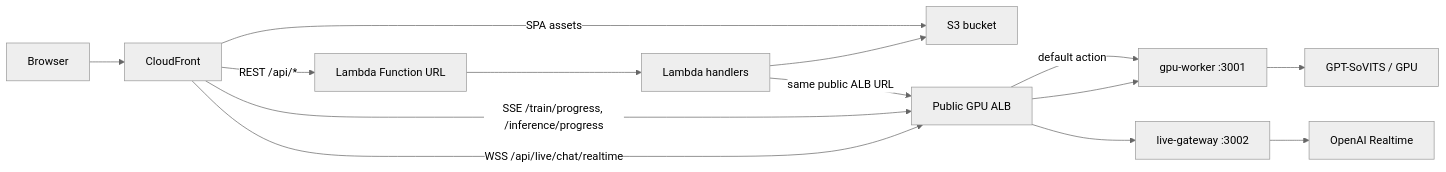
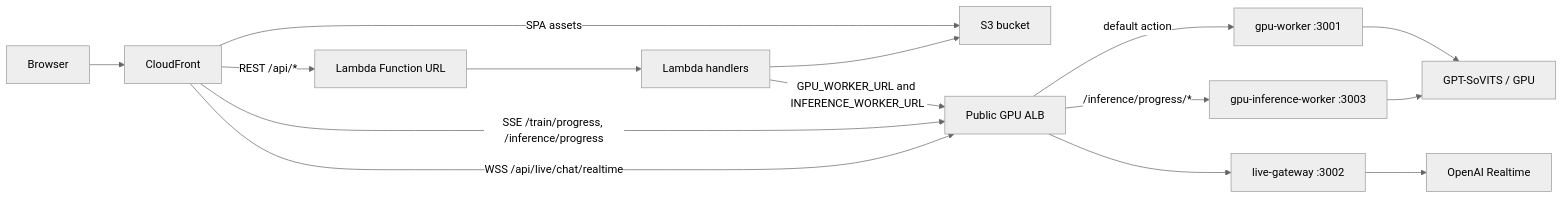
The diagram in docs/lambda-serverless-gpu-worker-guide.md (NathanaelNgYY/VoiceCloning), drawn with Mermaid (neutral theme) before and after one commit. The commit also changed other lines of this file and 7 other files, not shown here.

Commit message:
refactor: update deployment doc and others to support new split training and inference pipeline in gpu worker

````diff
--- a/docs/lambda-serverless-gpu-worker-guide.md
+++ b/docs/lambda-serverless-gpu-worker-guide.md
@@ -78,27 +90,29 @@
 ```mermaid
 flowchart LR
   Browser["Browser"]
   Cf["CloudFront"]
   FunctionUrl["Lambda Function URL"]
   Lambda["Lambda handlers"]
   S3["S3 bucket"]
   Alb["Public GPU ALB"]
   Worker["gpu-worker :3001"]
+  Inference["gpu-inference-worker :3003"]
   Live["live-gateway :3002"]
   OpenAI["OpenAI Realtime"]
   Gpu["GPT-SoVITS / GPU"]
 
   Browser --> Cf
   Cf -->|SPA assets| S3
   Cf -->|REST /api/*| FunctionUrl
   FunctionUrl --> Lambda
   Lambda --> S3
-  Lambda -->|same public ALB URL| Alb
+  Lambda -->|GPU_WORKER_URL and INFERENCE_WORKER_URL| Alb
   Alb -->|default action| Worker
   Cf -->|SSE /train/progress, /inference/progress| Alb
-  Alb --> Worker
+  Alb -->|/inference/progress/*| Inference
   Cf -->|WSS /api/live/chat/realtime| Alb
   Alb --> Live
   Live --> OpenAI
   Worker --> Gpu
+  Inference --> Gpu
 ```
````
